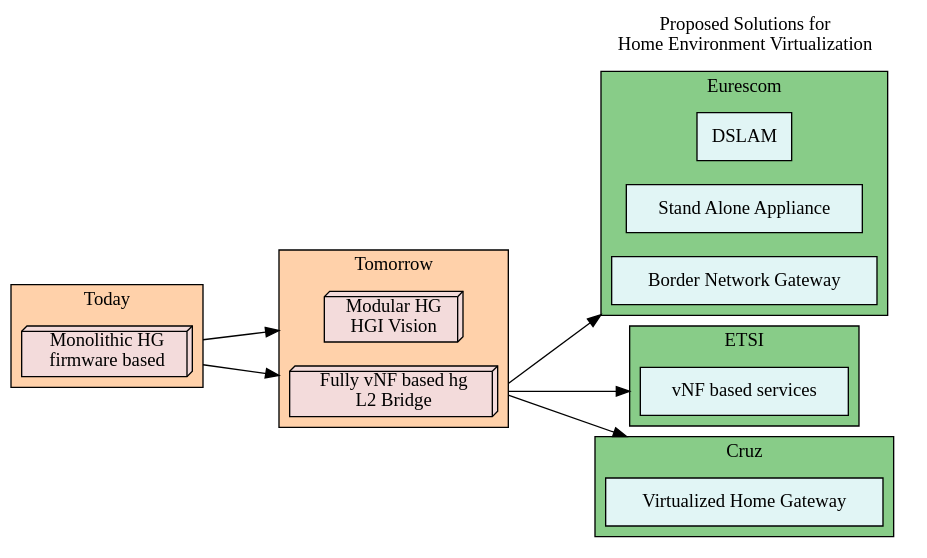
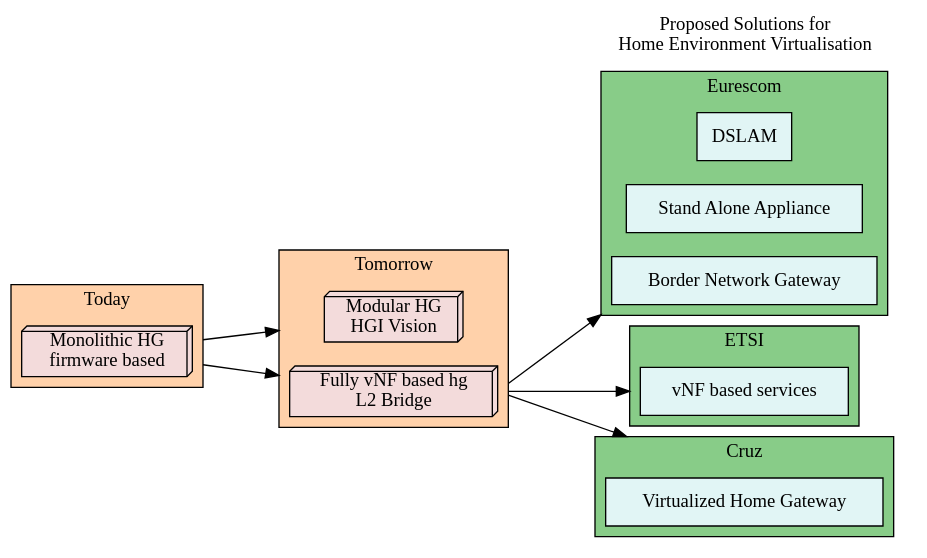
One commit to nherbaut/home-gateway-migration-paper changed the diagram in fig/vhgtrends.dot. Above: the diagram before and after it, drawn with Graphviz. The commit also changed 6 other files, not shown here.

```diff
--- a/fig/vhgtrends.dot
+++ b/fig/vhgtrends.dot
@@ -1,71 +1,71 @@
 digraph graphname {
 compound=true;
 #margin=0;
 #overlap=false;
 splines=false;
 pack=true;
 start="random";
 sep=0.1;
 bgcolor=transparent;	
 rankdir=LR;
 subgraph cluster0{
 	fillcolor="#FFD1AA";
 	style="filled";
 	label="Today";
 mono [label="Monolithic HG\nfirmware based",shape = "box3d", fillcolor="#f3dbdb", style="filled"];
 
 }
 
 subgraph cluster1{
 	fillcolor="#FFD1AA";
 	style="filled";
 	label="Tomorrow";
 modular[label="Modular HG\nHGI Vision",shape = "box3d", fillcolor="#f3dbdb", style="filled"];
 full[label="Fully vNF based hg\nL2 Bridge",shape = "box3d", fillcolor="#f3dbdb", style="filled"];
 }
 
 subgraph cluster2{
 	
 		color="white";
-		label="Proposed Solutions for \nHome Environment Virtualization";
+		label="Proposed Solutions for \nHome Environment Virtualisation";
 	
 	subgraph cluster2_1{
 		fillcolor="#88CC88";
 		style="filled";
 		color="black";
 		label="Eurescom";
 		dslam [shape = "box", fillcolor="#e1f5f5", style="filled",label="DSLAM"];
 		standa [shape = "box", fillcolor="#e1f5f5", style="filled",label="Stand Alone Appliance"];
 		bng [shape = "box", fillcolor="#e1f5f5", style="filled",label="Border Network Gateway"];
 	}
 	
 	subgraph cluster2_2{
 		fillcolor="#88CC88";
 		style="filled";
 		color="black";
 		label="ETSI";
 		vnf [shape = "box", fillcolor="#e1f5f5", style="filled",label="vNF based services"];
 	}
 	
 	subgraph cluster2_3{
 		fillcolor="#88CC88";
 		style="filled";
 		color="black";
 		label="Cruz";
 		vhg [shape = "box", fillcolor="#e1f5f5", style="filled",label="Virtualized Home Gateway"];
 	}
 }
 
 
 
 
 
 	mono -> modular [ltail="cluster0",lhead="cluster1", minlen=2];
 mono -> full [ltail="cluster0",lhead="cluster1",minlen=2];
 full:e -> vnf [lhead="cluster2_2",ltail="cluster1",minlen=2];
 full:e -> vhg:n [lhead="cluster2_3",ltail="cluster1",minlen=2];
 
 full:e -> standa [lhead="cluster2_1",ltail="cluster1",minlen=2];
   
   
 }
```
